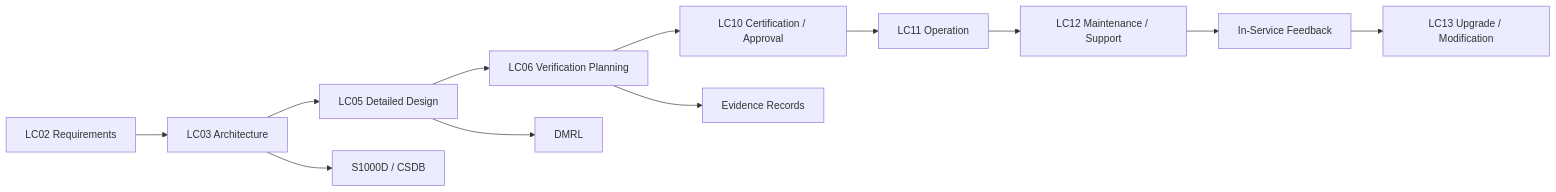
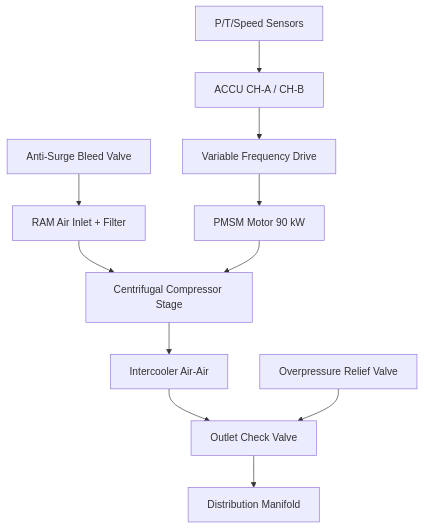
Before and after one commit to AmedeoPelliccia/Qplus-For-All-Queer-People-and-Quantum: the second of 2 diagrams in Q+ATLANTIDE/000-099_ATLAS/060-069_Propulsion-Tradicional/066_Air-Compressor/066-000-Air-Compressor-General.md, drawn with Mermaid. The commit also changed other lines of this file and 9 other files, not shown here.

First line of the commit message:
docs: rewrite 066_Air-Compressor — 10 files contextualized for AMPEL360E eWTW

````diff
--- a/Q+ATLANTIDE/000-099_ATLAS/060-069_Propulsion-Tradicional/066_Air-Compressor/066-000-Air-Compressor-General.md
+++ b/Q+ATLANTIDE/000-099_ATLAS/060-069_Propulsion-Tradicional/066_Air-Compressor/066-000-Air-Compressor-General.md
@@ -192,15 +111,13 @@
 ```mermaid
-flowchart LR
-    LC02[LC02 Requirements] --> LC03[LC03 Architecture]
-    LC03 --> LC05[LC05 Detailed Design]
-    LC05 --> LC06[LC06 Verification Planning]
-    LC06 --> LC10[LC10 Certification / Approval]
-    LC10 --> LC11[LC11 Operation]
-    LC11 --> LC12[LC12 Maintenance / Support]
-
-    LC03 --> CSDB[S1000D / CSDB]
-    LC05 --> DMRL[DMRL]
-    LC06 --> EVID[Evidence Records]
-    LC12 --> FEEDBACK[In-Service Feedback]
-    FEEDBACK --> LC13[LC13 Upgrade / Modification]
+flowchart TB
+    INLET[RAM Air Inlet + Filter] --> COMP[Centrifugal Compressor Stage]
+    COMP --> INTERCOOLER[Intercooler Air-Air]
+    INTERCOOLER --> OUTLET[Outlet Check Valve]
+    OUTLET --> MANIFOLD[Distribution Manifold]
+    ASBV[Anti-Surge Bleed Valve] --> INLET
+    OPRV[Overpressure Relief Valve] --> OUTLET
+    PMSM[PMSM Motor 90 kW] --> COMP
+    VFD[Variable Frequency Drive] --> PMSM
+    ACCU[ACCU CH-A / CH-B] --> VFD
+    SENSORS[P/T/Speed Sensors] --> ACCU
 ```
````
